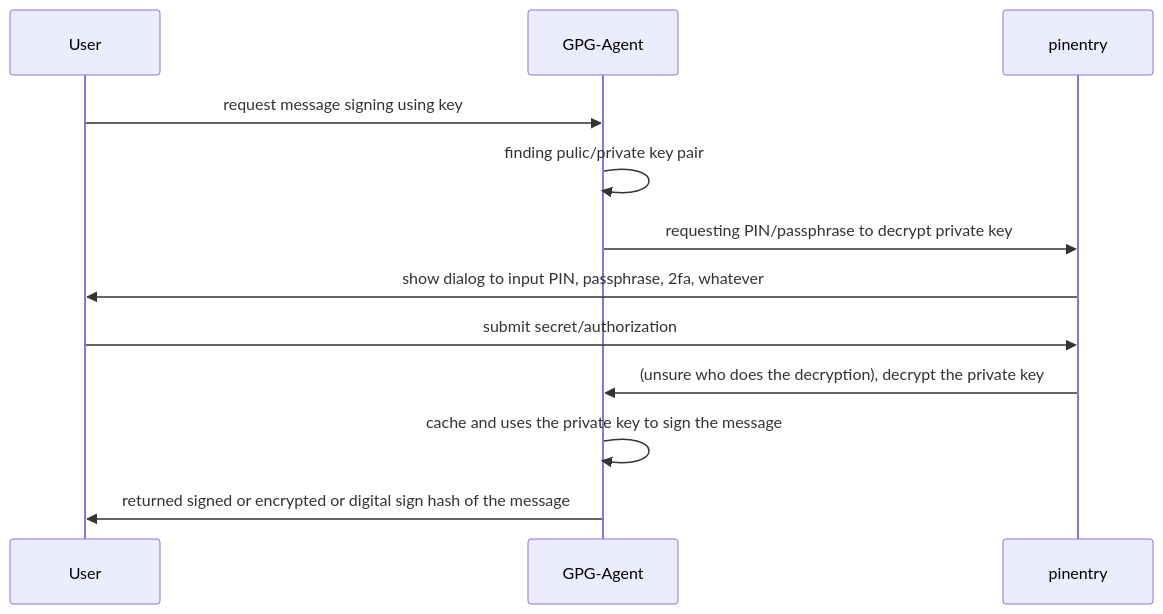
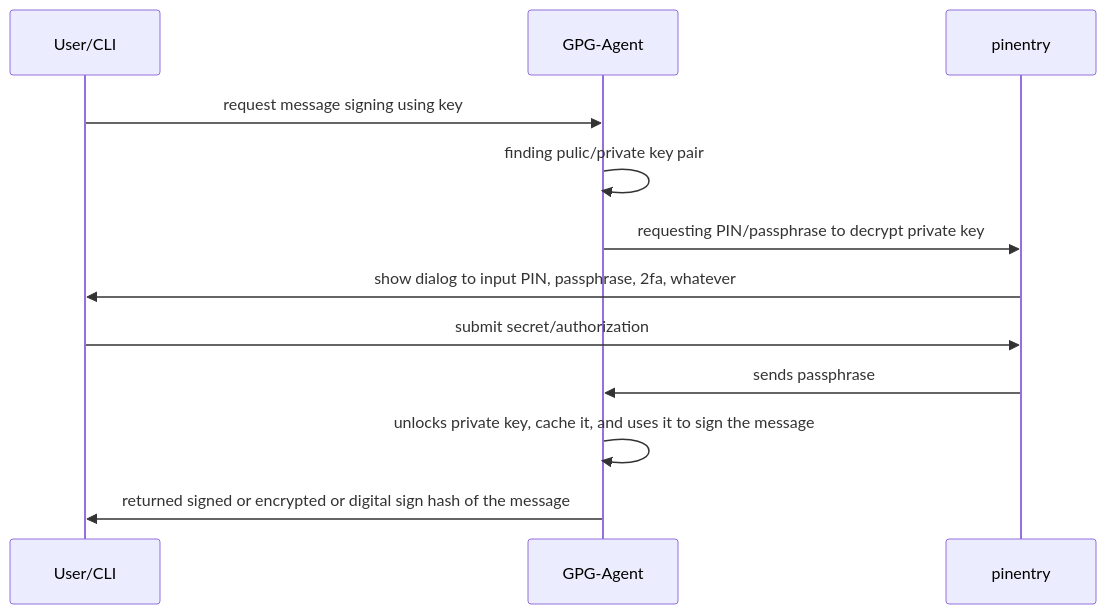
Before and after one commit to lucernae/pinentry-box: the diagram in pinentry-box/README.md, drawn with Mermaid. The commit also changed other lines of this file and 18 other files, not shown here.

````diff
--- a/pinentry-box/README.md
+++ b/pinentry-box/README.md
@@ -94,16 +94,16 @@
 ```mermaid
 sequenceDiagram
-    
-    participant u as User
+
+    participant u as User/CLI
     participant g as GPG-Agent
     participant p as pinentry
-    
+
     u->>g: request message signing using key
     g->>g: finding pulic/private key pair
     g->>p: requesting PIN/passphrase to decrypt private key
     p->>u: show dialog to input PIN, passphrase, 2fa, whatever
     u->>p: submit secret/authorization
-    p->>g: (unsure who does the decryption), decrypt the private key
-    g->>g: cache and uses the private key to sign the message
+    p->>g: sends passphrase
+    g->>g: unlocks private key, cache it, and uses it to sign the message
     g->>u: returned signed or encrypted or digital sign hash of the message
 ```
````
